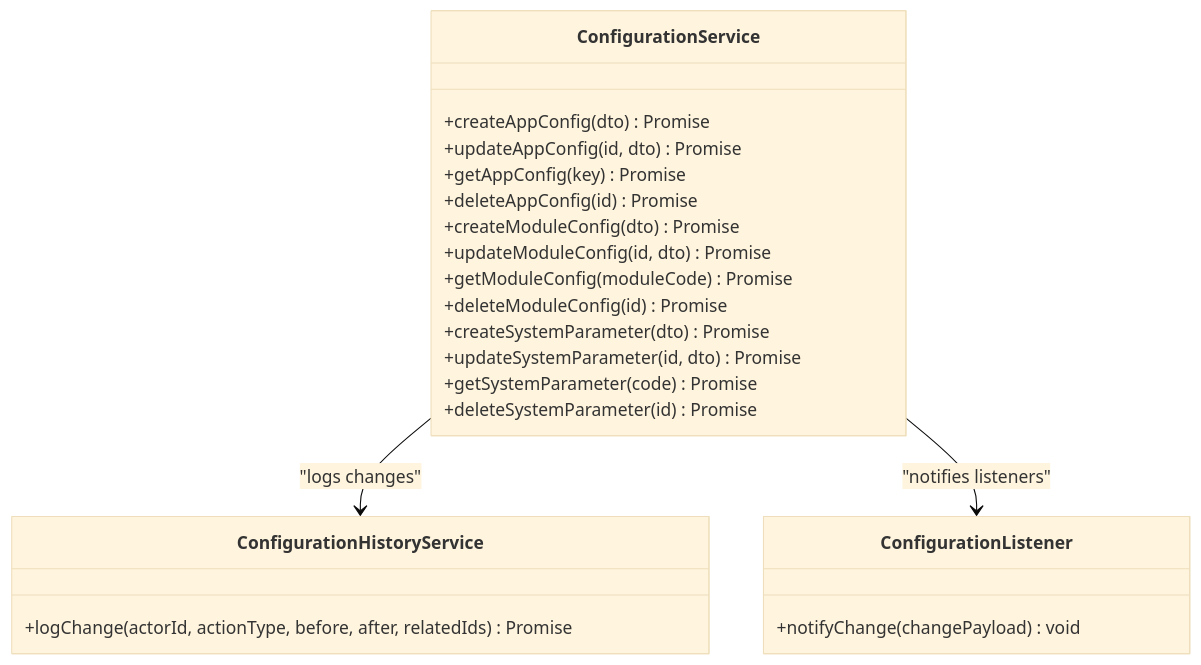
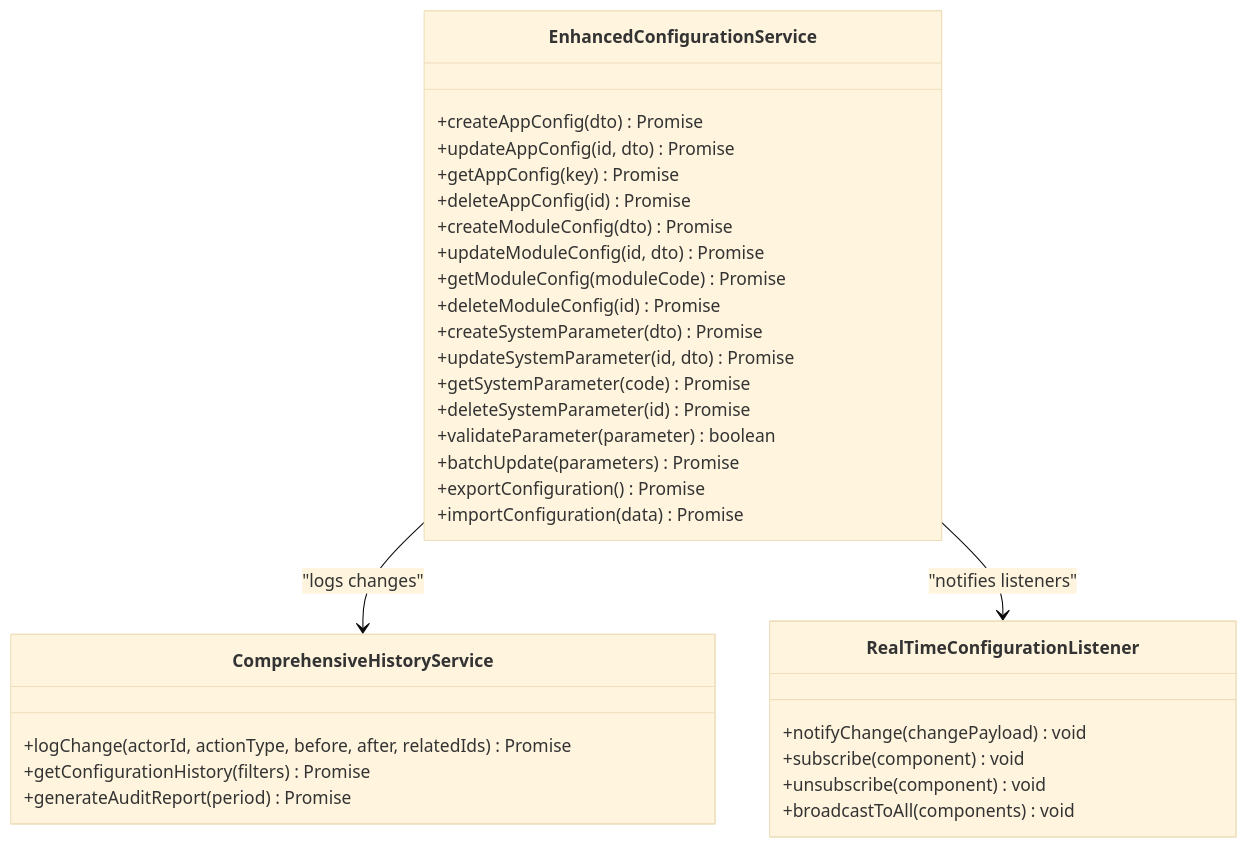
Before and after one commit to franckylab/eLISAschool: the fourth of 9 diagrams in .qoder/repowiki/en/content/Modules & Features/Administrative Modules/Institutional Configuration.md, drawn with Mermaid (base theme). The commit also changed other lines of this file and 155 other files, not shown here.

````diff
--- a/.qoder/repowiki/en/content/Modules & Features/Administrative Modules/Institutional Configuration.md
+++ b/.qoder/repowiki/en/content/Modules & Features/Administrative Modules/Institutional Configuration.md
@@ -248,25 +273,34 @@
 ```mermaid
 classDiagram
-class ConfigurationService {
+class EnhancedConfigurationService {
 +createAppConfig(dto) Promise
 +updateAppConfig(id, dto) Promise
 +getAppConfig(key) Promise
 +deleteAppConfig(id) Promise
 +createModuleConfig(dto) Promise
 +updateModuleConfig(id, dto) Promise
 +getModuleConfig(moduleCode) Promise
 +deleteModuleConfig(id) Promise
 +createSystemParameter(dto) Promise
 +updateSystemParameter(id, dto) Promise
 +getSystemParameter(code) Promise
 +deleteSystemParameter(id) Promise
++validateParameter(parameter) boolean
++batchUpdate(parameters) Promise
++exportConfiguration() Promise
++importConfiguration(data) Promise
 }
-class ConfigurationHistoryService {
+class ComprehensiveHistoryService {
 +logChange(actorId, actionType, before, after, relatedIds) Promise
++getConfigurationHistory(filters) Promise
++generateAuditReport(period) Promise
 }
-class ConfigurationListener {
+class RealTimeConfigurationListener {
 +notifyChange(changePayload) void
++subscribe(component) void
++unsubscribe(component) void
++broadcastToAll(components) void
 }
-ConfigurationService --> ConfigurationHistoryService : "logs changes"
-ConfigurationService --> ConfigurationListener : "notifies listeners"
+EnhancedConfigurationService --> ComprehensiveHistoryService : "logs changes"
+EnhancedConfigurationService --> RealTimeConfigurationListener : "notifies listeners"
 ```
````
